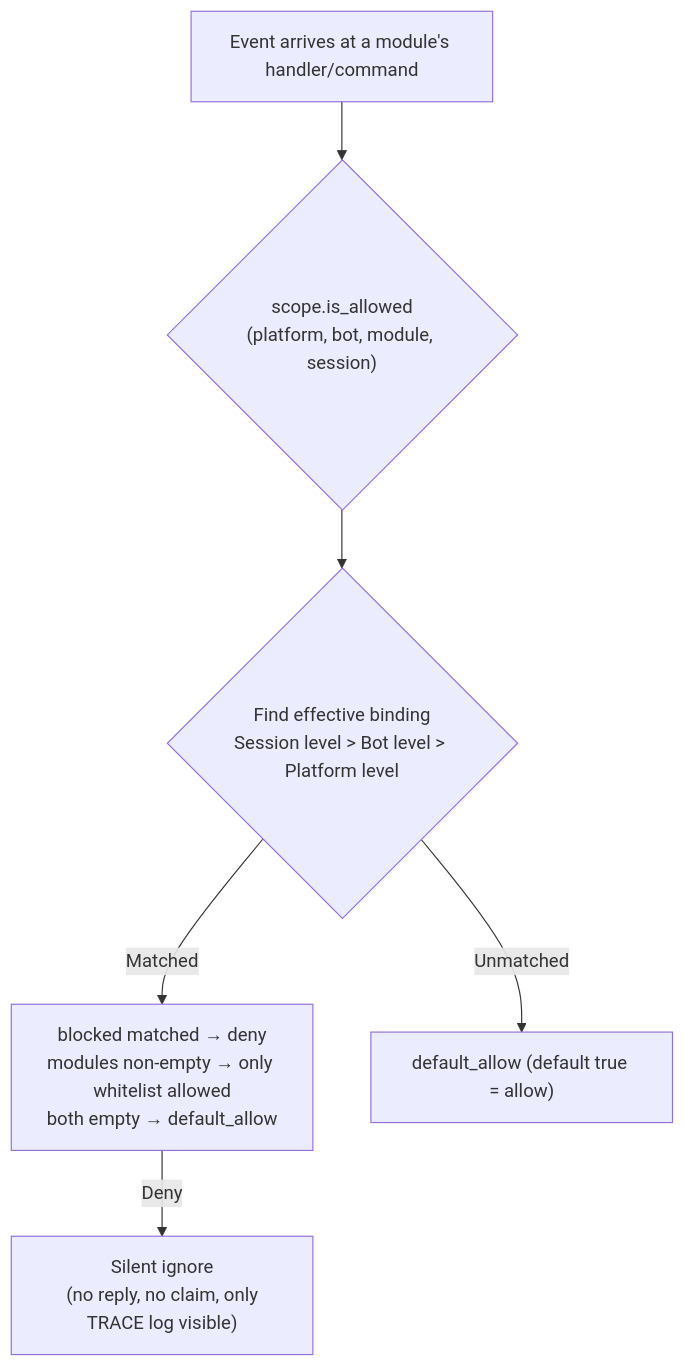
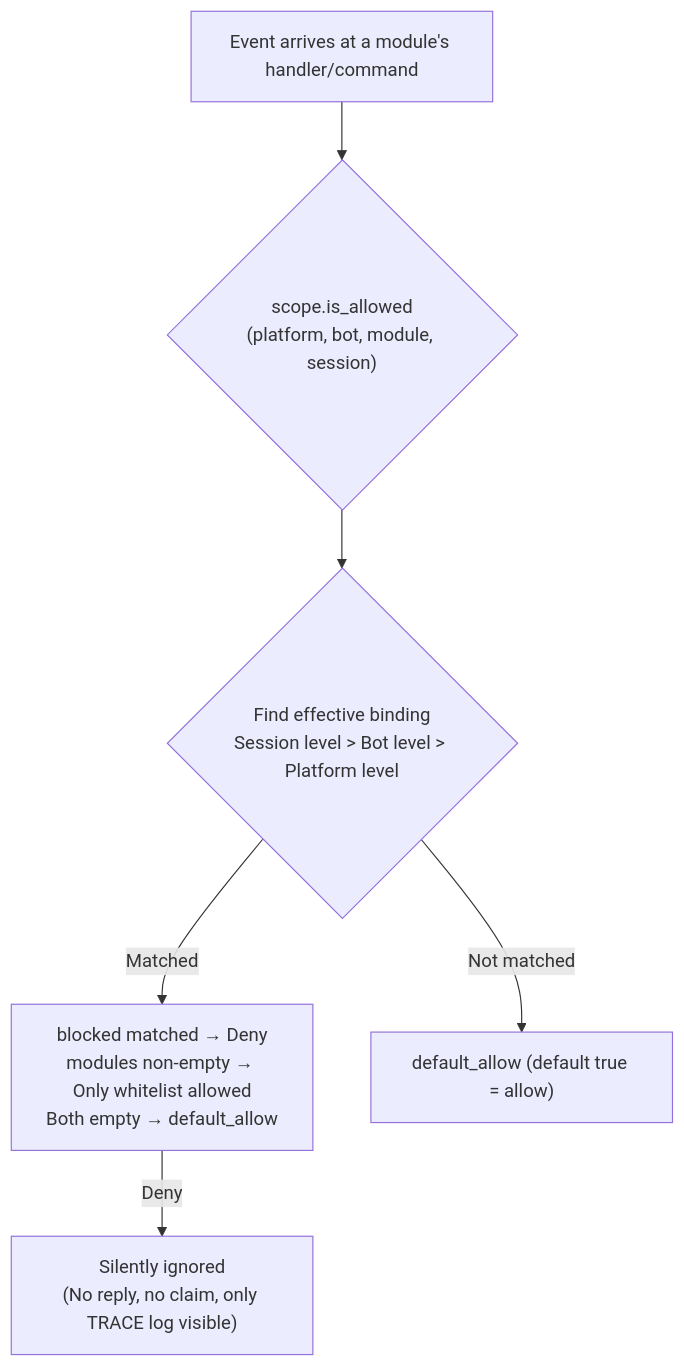
Before and after one commit to ErisPulse/ErisPulse: the diagram in docs/en/advanced/scope.md, drawn with Mermaid. The commit also changed other lines of this file and 75 other files, not shown here.

````diff
--- a/docs/en/advanced/scope.md
+++ b/docs/en/advanced/scope.md
@@ -99,8 +109,8 @@
 ```mermaid
 flowchart TD
     A["Event arrives at a module's handler/command"] --> B{"scope.is_allowed<br/>(platform, bot, module, session)"}
     B --> C{"Find effective binding<br/>Session level > Bot level > Platform level"}
-    C -->|"Matched"| D["blocked matched → deny<br/>modules non-empty → only whitelist allowed<br/>both empty → default_allow"]
-    C -->|"Unmatched"| E["default_allow (default true = allow)"]
-    D -->|"Deny"| Z["Silent ignore<br/> (no reply, no claim, only TRACE log visible)"]
+    C -->|"Matched"| D["blocked matched → Deny<br/>modules non-empty → Only whitelist allowed<br/>Both empty → default_allow"]
+    C -->|"Not matched"| E["default_allow (default true = allow)"]
+    D -->|"Deny"| Z["Silently ignored<br/>(No reply, no claim, only TRACE log visible)"]
 ```
````
